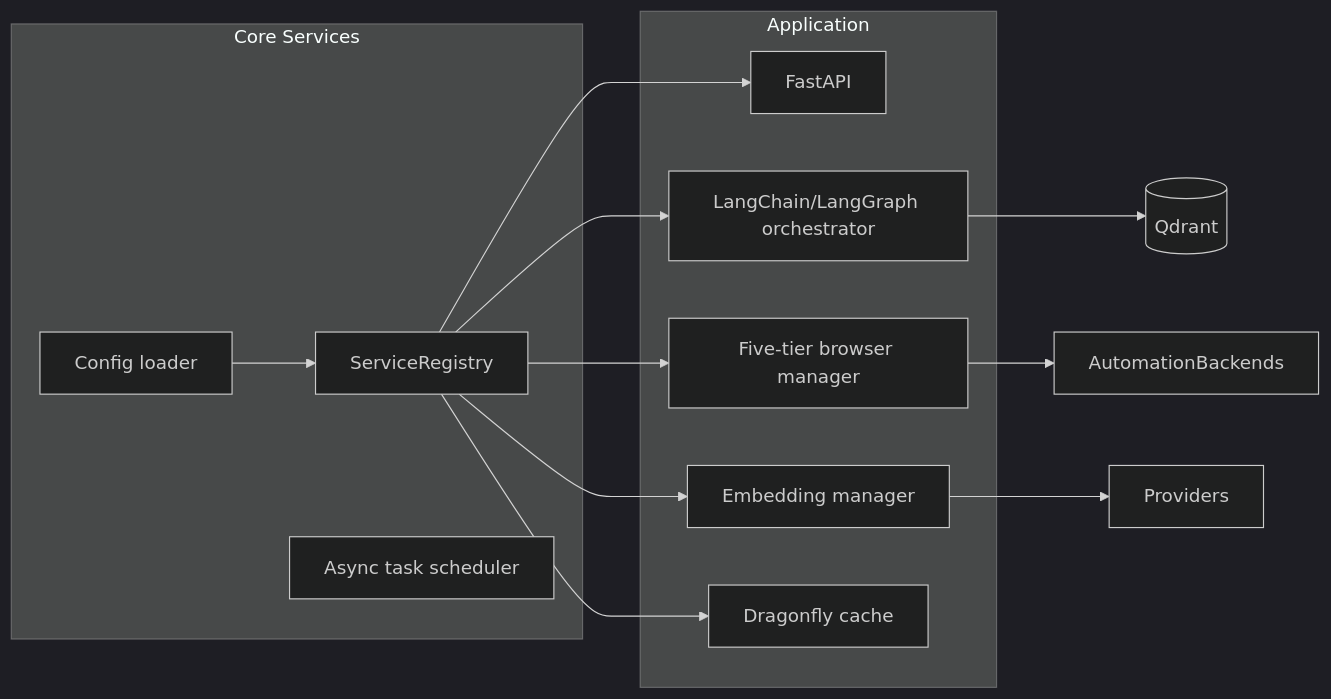
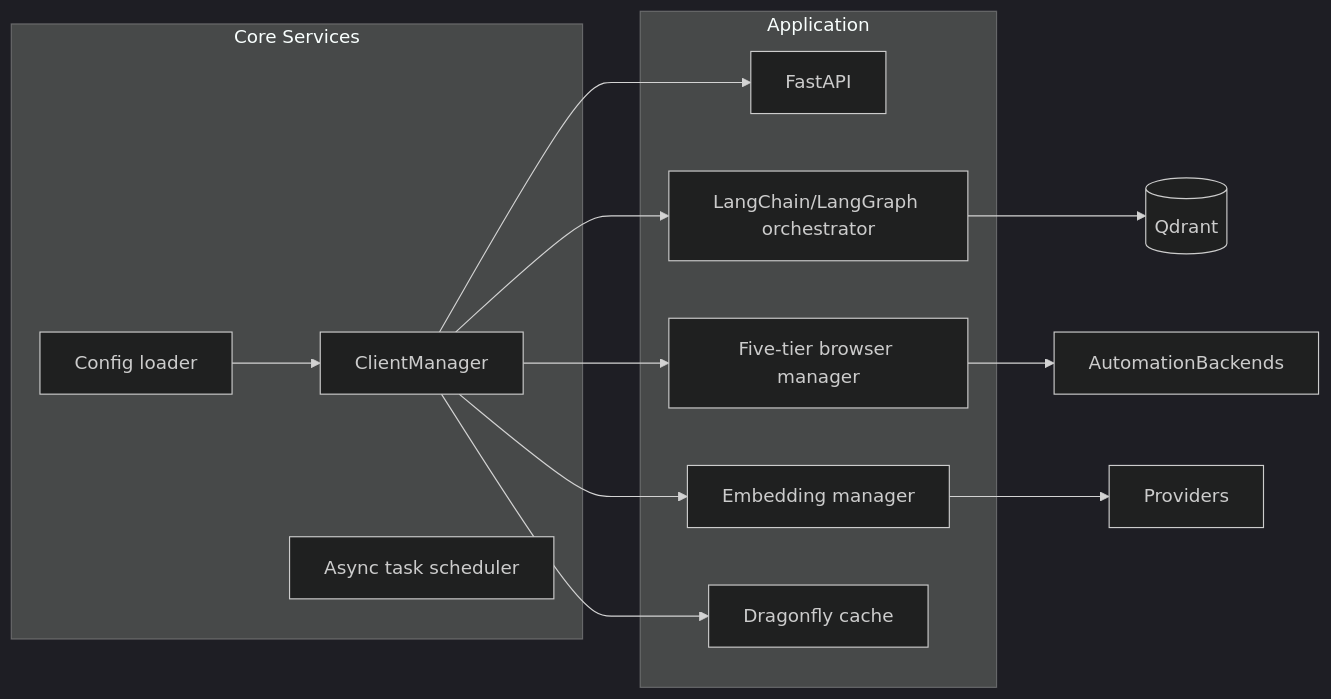
Before and after one commit to BjornMelin/ai-docs-vector-db-hybrid-scraper: the second of 2 diagrams in docs/developers/architecture-and-orchestration.md, drawn with Mermaid (dark theme). The commit also changed other lines of this file and 19 other files, not shown here.

````diff
--- a/docs/developers/architecture-and-orchestration.md
+++ b/docs/developers/architecture-and-orchestration.md
@@ -43,24 +43,24 @@
 ```mermaid
 graph LR
     subgraph Core Services
         Config[Config loader]
-        Registry[ServiceRegistry]
+        ClientMgr[ClientManager]
         Scheduler[Async task scheduler]
     end
     subgraph Application
         API[FastAPI]
         HybridSearch[LangChain/LangGraph orchestrator]
         BrowserMgr[Five-tier browser manager]
         EmbeddingMgr[Embedding manager]
         CacheMgr[Dragonfly cache]
     end
-    Config --> Registry
-    Registry --> API
-    Registry --> HybridSearch
-    Registry --> BrowserMgr
-    Registry --> EmbeddingMgr
-    Registry --> CacheMgr
+    Config --> ClientMgr
+    ClientMgr --> API
+    ClientMgr --> HybridSearch
+    ClientMgr --> BrowserMgr
+    ClientMgr --> EmbeddingMgr
+    ClientMgr --> CacheMgr
     HybridSearch --> Qdrant[(Qdrant)]
     BrowserMgr --> AutomationBackends
     EmbeddingMgr --> Providers
 ```
````
